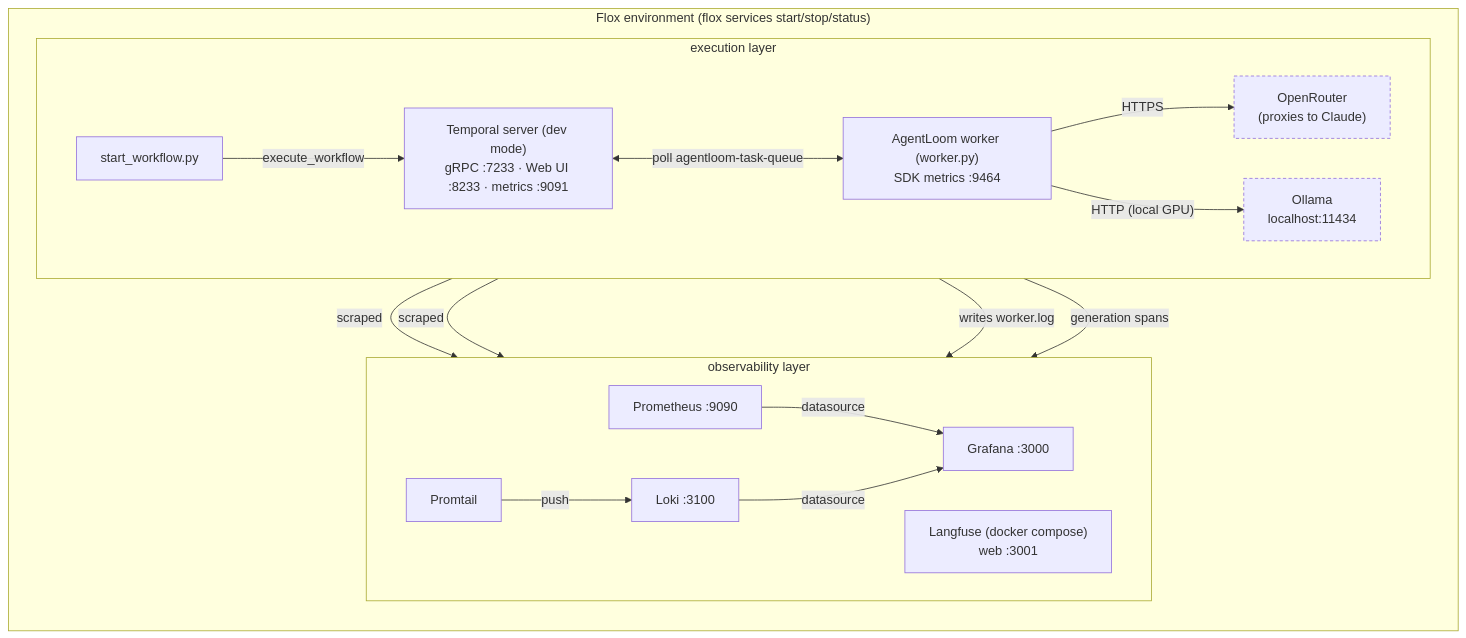
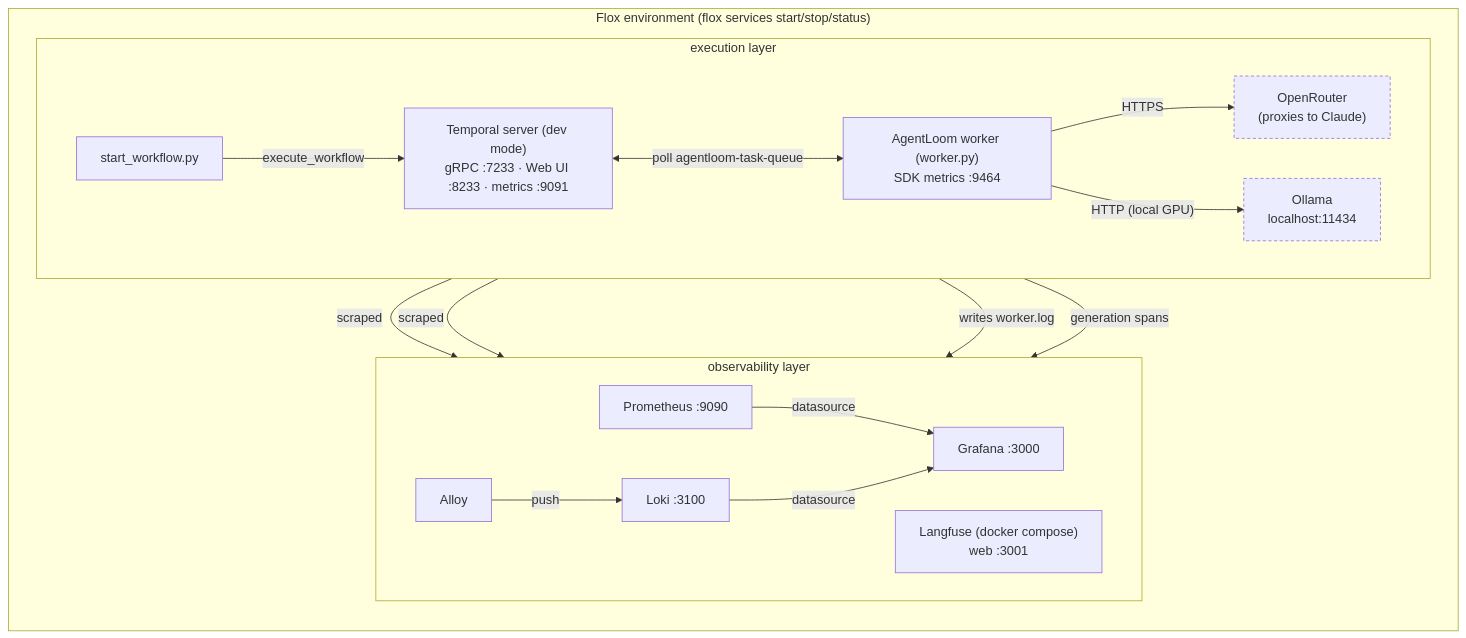
The diagram in docs/architecture.md (Srinath279/agentloom), drawn with Mermaid before and after one commit. The commit also changed other lines of this file and 5 other files, not shown here.

````diff
--- a/docs/architecture.md
+++ b/docs/architecture.md
@@ -10,30 +10,30 @@
 ```mermaid
 flowchart TB
     subgraph flox["Flox environment (flox services start/stop/status)"]
         direction TB
 
         subgraph exec["execution layer"]
             direction LR
             SW["start_workflow.py"] -->|"execute_workflow"| T["Temporal server (dev mode)\ngRPC :7233 · Web UI :8233 · metrics :9091"]
             T <-->|"poll agentloom-task-queue"| W["AgentLoom worker (worker.py)\nSDK metrics :9464"]
             W -->|"HTTPS"| OR["OpenRouter\n(proxies to Claude)"]
             W -->|"HTTP (local GPU)"| OL["Ollama\nlocalhost:11434"]
         end
 
         subgraph obs["observability layer"]
             direction LR
             P["Prometheus :9090"] -->|"datasource"| G["Grafana :3000"]
             L["Loki :3100"] -->|"datasource"| G
-            PT["Promtail"] -->|"push"| L
+            PT["Alloy"] -->|"push"| L
             LF["Langfuse (docker compose)\nweb :3001"]
         end
 
         T -->|"scraped"| P
         W -->|"scraped"| P
         W -->|"writes worker.log"| PT
         W -->|"generation spans"| LF
     end
 
     style OR stroke-dasharray: 4 3
     style OL stroke-dasharray: 4 3
 ```
````
